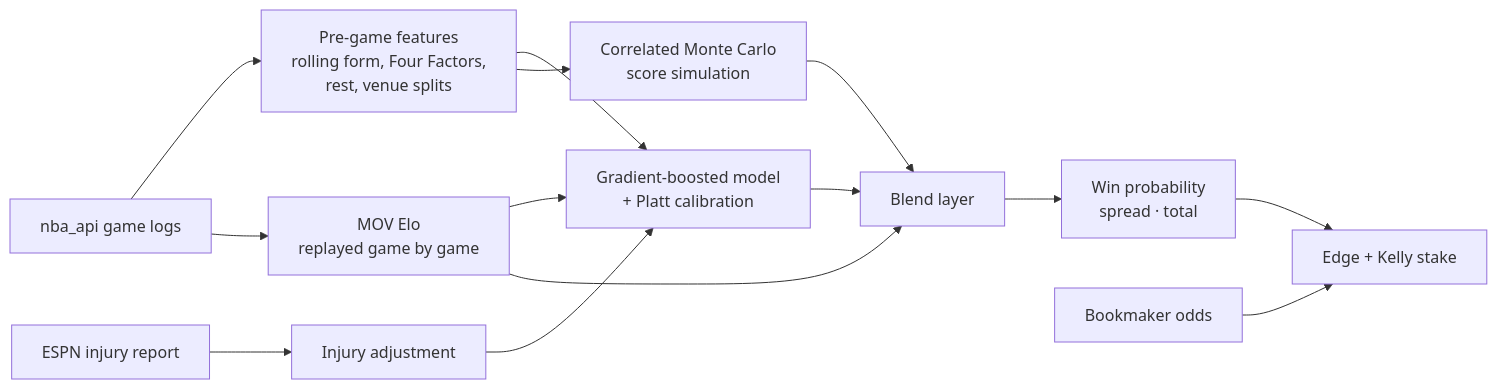
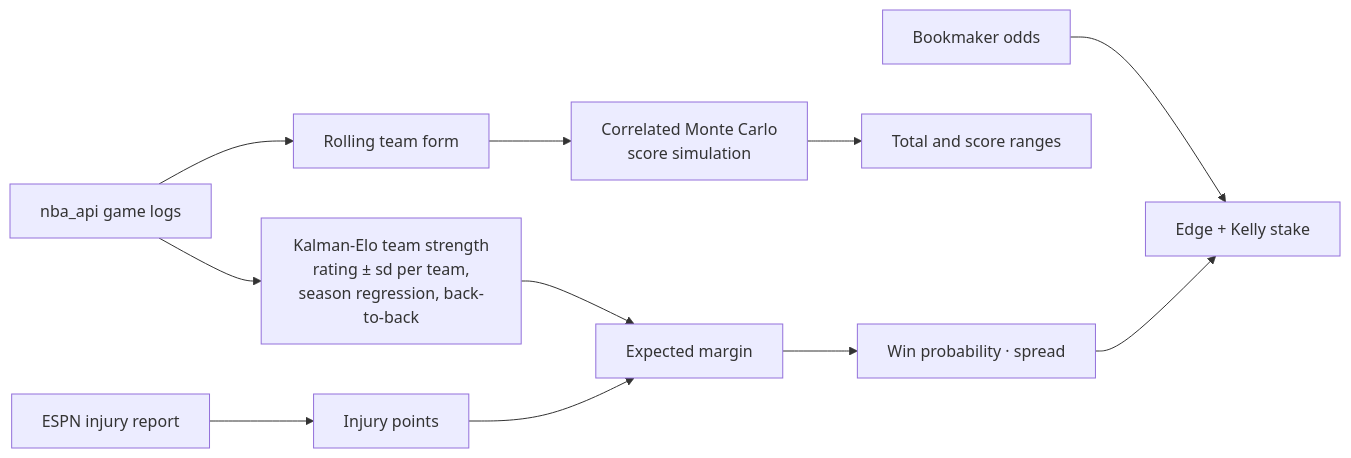
Before and after one commit to bigboybigbet/Swish: the diagram in README.md, drawn with Mermaid. The commit also changed other lines of this file, not shown here.

First line of the commit message:
README: v6 team-strength model, benchmark table, web app quick start

````diff
--- a/README.md
+++ b/README.md
@@ -27,16 +29,13 @@
 ```mermaid
 flowchart LR
-    A[nba_api game logs] --> F[Pre-game features<br/>rolling form, Four Factors,<br/>rest, venue splits]
-    A --> E[MOV Elo<br/>replayed game by game]
-    I[ESPN injury report] --> J[Injury adjustment]
-    F --> X[Gradient-boosted model<br/>+ Platt calibration]
-    E --> X
-    J --> X
+    A[nba_api game logs] --> T[Kalman-Elo team strength<br/>rating ± sd per team,<br/>season regression, back-to-back]
+    I[ESPN injury report] --> J[Injury points]
+    T --> L[Expected margin]
+    J --> L
+    L --> P[Win probability · spread]
+    A --> F[Rolling team form]
     F --> M[Correlated Monte Carlo<br/>score simulation]
-    X --> B[Blend layer]
-    M --> B
-    E --> B
-    B --> P[Win probability<br/>spread · total]
+    M --> Q[Total and score ranges]
     O[Bookmaker odds] --> K[Edge + Kelly stake]
     P --> K
 ```
````
